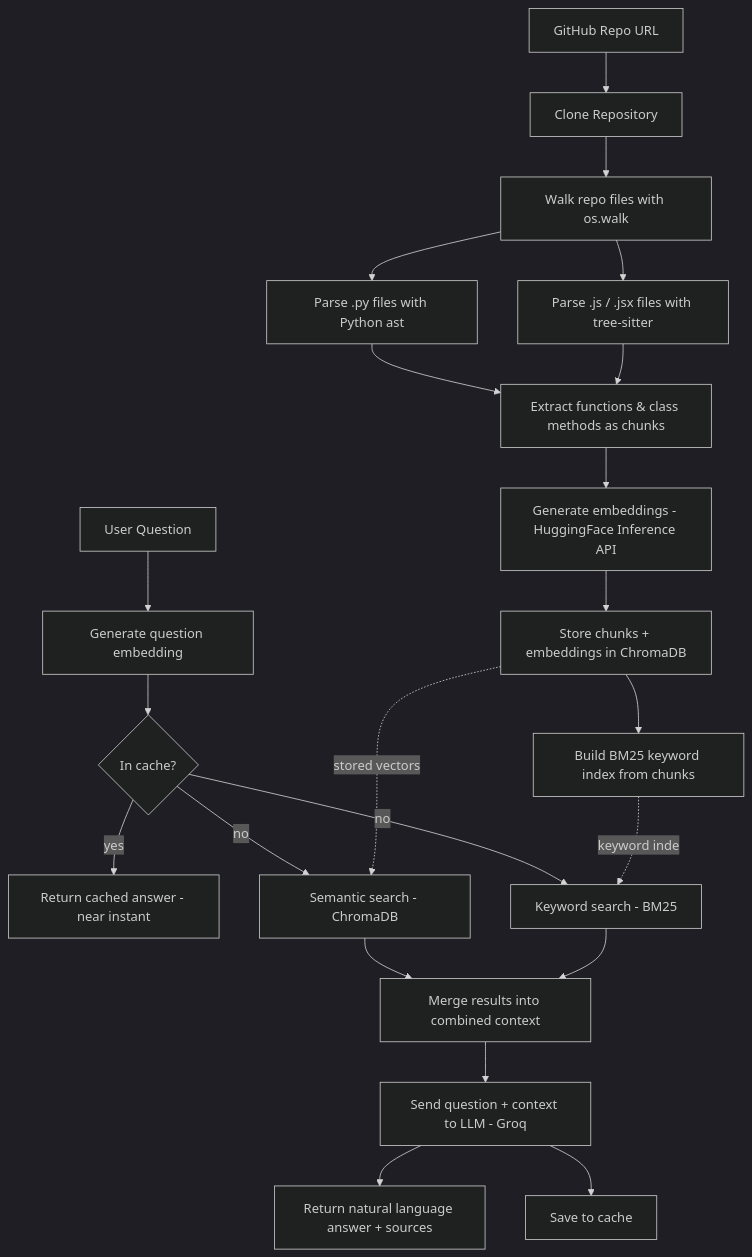
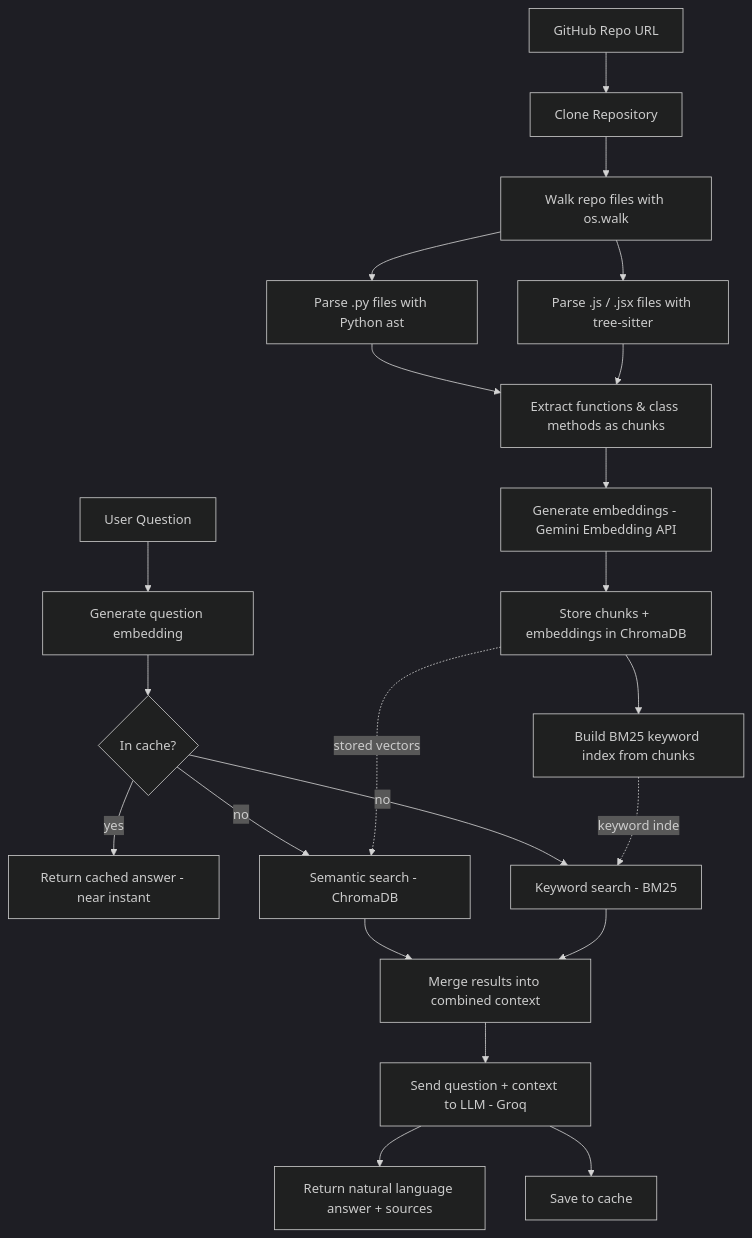
The diagram in README.md (arunk-web/RepoMind---Intelligent-repository-navigation-using-RAG), drawn with Mermaid (dark theme) before and after one commit. The commit also changed other lines of this file, not shown here.

````diff
--- a/README.md
+++ b/README.md
@@ -17,27 +17,27 @@
 ```mermaid
 flowchart TD
     A[GitHub Repo URL] --> B[Clone Repository]
     B --> C[Walk repo files with os.walk]
     C --> D1[Parse .py files with Python ast]
     C --> D2[Parse .js / .jsx files with tree-sitter]
     D1 --> E[Extract functions & class methods as chunks]
     D2 --> E
-    E --> F[Generate embeddings - HuggingFace Inference API]
+    E --> F[Generate embeddings - Gemini Embedding API]
     F --> G[Store chunks + embeddings in ChromaDB]
  
     G --> BM[Build BM25 keyword index from chunks]
  
     H[User Question] --> I[Generate question embedding]
     I --> Cache{In cache?}
     Cache -- yes --> M[Return cached answer - near instant]
     Cache -- no --> J1[Semantic search - ChromaDB]
     Cache -- no --> J2[Keyword search - BM25]
     J1 --> K[Merge results into combined context]
     J2 --> K
     K --> L[Send question + context to LLM - Groq]
     L --> M2[Return natural language answer + sources]
     L --> Store[Save to cache]
  
     G -.stored vectors.-> J1
     BM -.keyword index.-> J2
 ```
````
